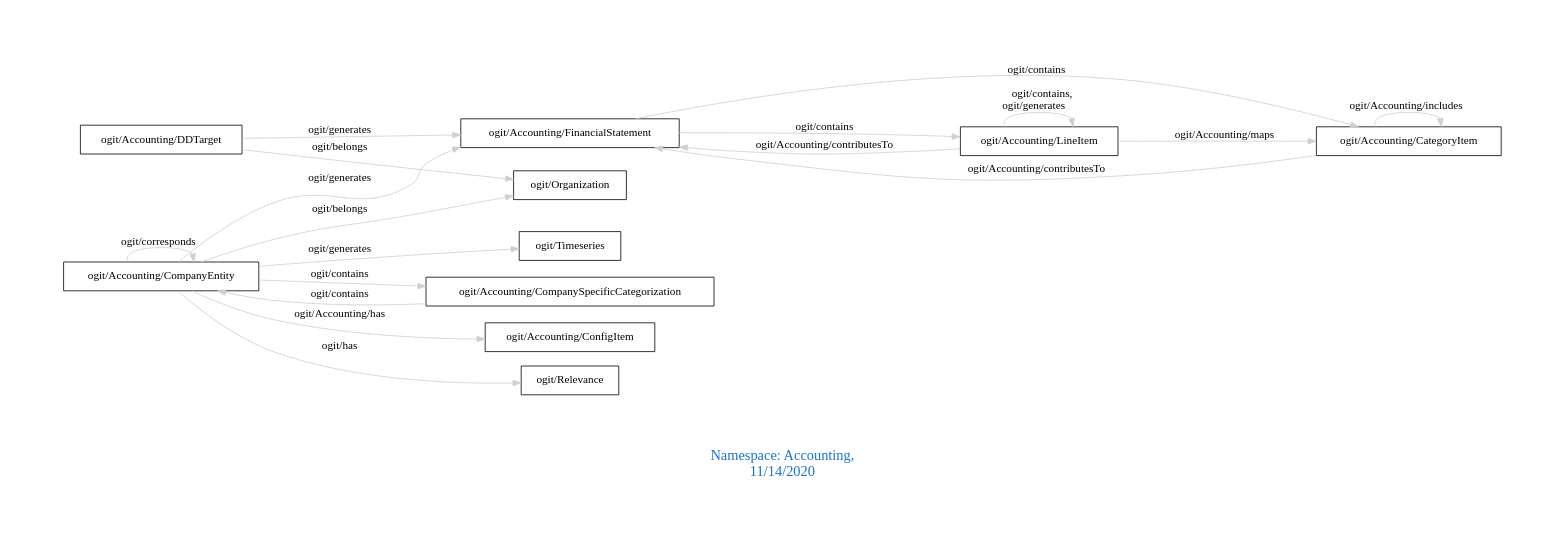
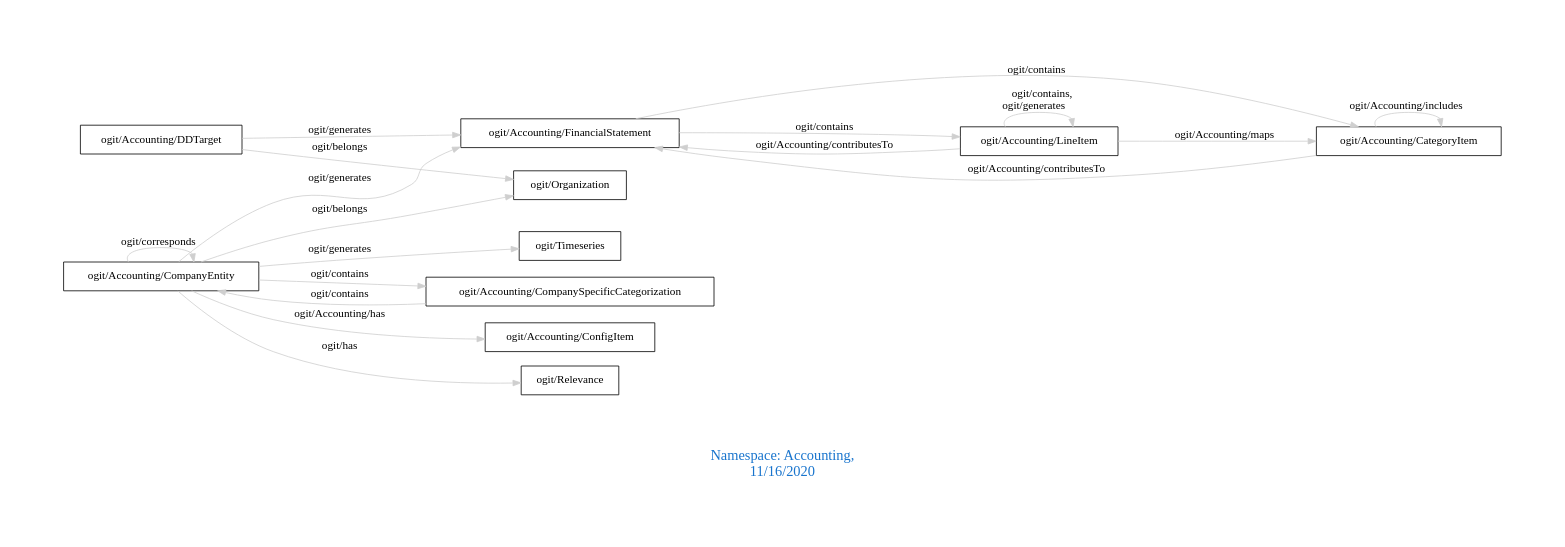
The diagram in downloads/Accounting.dot (arago/OGIT), drawn with Graphviz before and after one commit. The commit also changed 1832 other files, not shown here.

```diff
--- a/downloads/Accounting.dot
+++ b/downloads/Accounting.dot
@@ -1,25 +1,25 @@
 digraph OGIT_ontology {
  graph [ rankdir= LR,pad=1 
 fontsize = 18,
-fontcolor= dodgerblue3,label = "\n\n\nNamespace: Accounting, \n 11/14/2020"];
+fontcolor= dodgerblue3,label = "\n\n\nNamespace: Accounting, \n 11/16/2020"];
 node[shape=polygon];
 edge [  color="gray81"];
 
    "ogit/Accounting/CompanyEntity" -> "ogit/Accounting/CompanySpecificCategorization" [label="   ogit/contains    "];
    "ogit/Accounting/CompanySpecificCategorization" -> "ogit/Accounting/CompanyEntity" [label="   ogit/contains    "];
    "ogit/Accounting/FinancialStatement" -> "ogit/Accounting/LineItem" [label="   ogit/contains    "];
    "ogit/Accounting/FinancialStatement" -> "ogit/Accounting/CategoryItem" [label="   ogit/contains    "];
    "ogit/Accounting/CompanyEntity" -> "ogit/Accounting/FinancialStatement" [label="   ogit/generates    "];
    "ogit/Accounting/CompanyEntity" -> "ogit/Timeseries" [label="   ogit/generates    "];
    "ogit/Accounting/DDTarget" -> "ogit/Accounting/FinancialStatement" [label="   ogit/generates    "];
    "ogit/Accounting/CategoryItem" -> "ogit/Accounting/FinancialStatement" [label="   ogit/Accounting/contributesTo    "];
    "ogit/Accounting/LineItem" -> "ogit/Accounting/FinancialStatement" [label="   ogit/Accounting/contributesTo    "];
    "ogit/Accounting/LineItem" -> "ogit/Accounting/CategoryItem" [label="   ogit/Accounting/maps    "];
    "ogit/Accounting/CompanyEntity" -> "ogit/Organization" [label="   ogit/belongs    "];
    "ogit/Accounting/DDTarget" -> "ogit/Organization" [label="   ogit/belongs    "];
    "ogit/Accounting/CompanyEntity" -> "ogit/Accounting/ConfigItem" [label="   ogit/Accounting/has    "];
    "ogit/Accounting/CompanyEntity" -> "ogit/Relevance" [label="   ogit/has    "];
    "ogit/Accounting/CategoryItem" -> "ogit/Accounting/CategoryItem" [label="   ogit/Accounting/includes    "];
    "ogit/Accounting/CompanyEntity" -> "ogit/Accounting/CompanyEntity" [label="   ogit/corresponds    "];
    "ogit/Accounting/LineItem" -> "ogit/Accounting/LineItem" [label="   ogit/contains, \n ogit/generates    "];
 }
```
